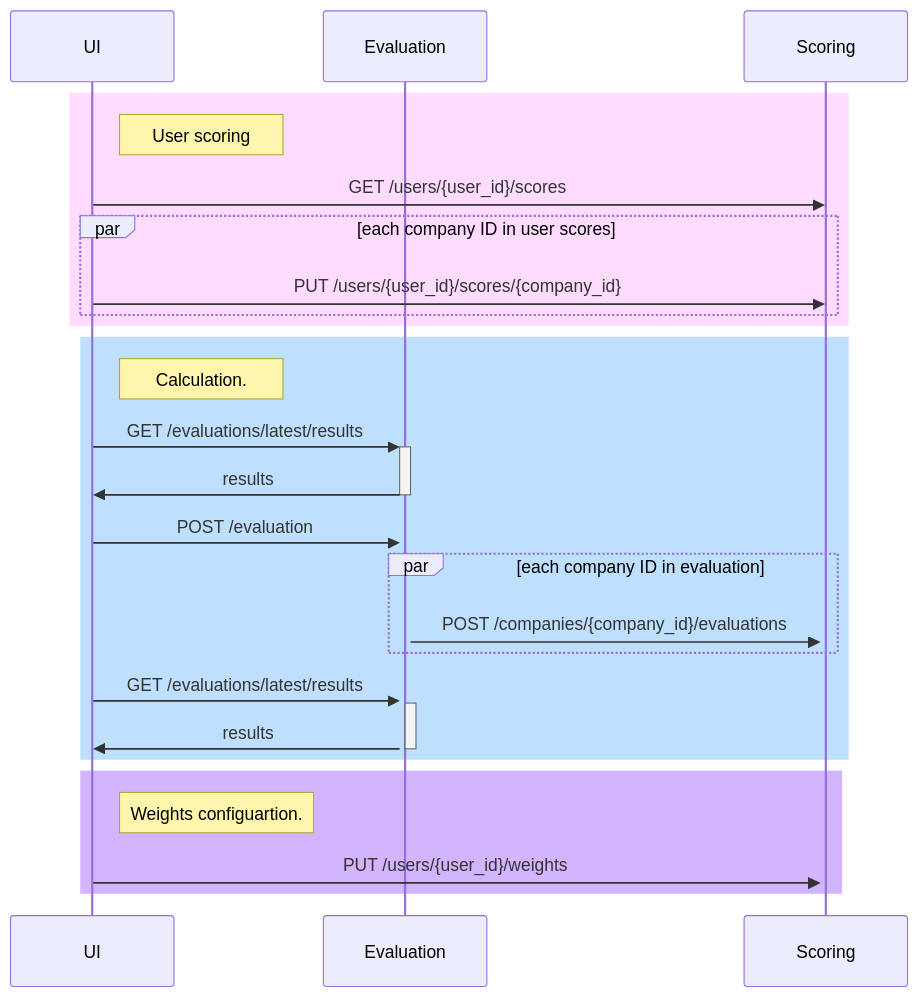
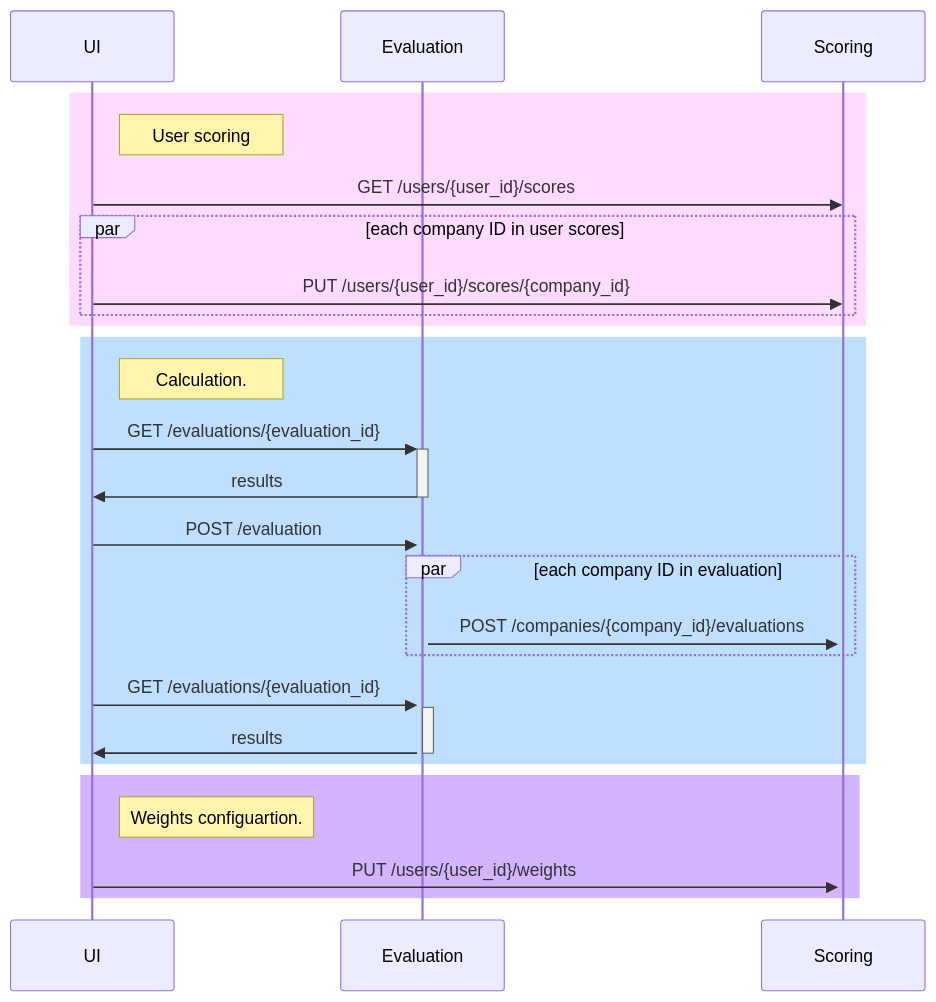
The third of 3 diagrams in README.md (guyslab/company_evaluation), drawn with Mermaid before and after one commit. The commit also changed other lines of this file and 24 other files, not shown here.

````diff
--- a/README.md
+++ b/README.md
@@ -61,28 +63,28 @@
 ```mermaid
 sequenceDiagram
     participant UI
     participant Evaluation
     participant Scoring
     rect rgb(255, 220, 255)
         note right of UI: User scoring
         UI->>Scoring: GET /users/{user_id}/scores
         par each company ID in user scores
             UI->>Scoring: PUT /users/{user_id}/scores/{company_id}
         end
     end
     rect rgb(191, 223, 255)
         note right of UI: Calculation.
-        UI->>+Evaluation: GET /evaluations/latest/results   
+        UI->>+Evaluation: GET /evaluations/{evaluation_id}  
         Evaluation->>-UI: results     
         UI->>+Evaluation: POST /evaluation
         par each company ID in evaluation
             Evaluation->>+Scoring: POST /companies/{company_id}/evaluations
         end
-        UI->>+Evaluation: GET /evaluations/latest/results
+        UI->>+Evaluation: GET /evaluations/{evaluation_id}
         Evaluation->>-UI: results
     end
     rect rgb(210, 180, 255)
         note right of UI: Weights configuartion.
         UI->>+Scoring: PUT /users/{user_id}/weights
     end    
 ```
````
